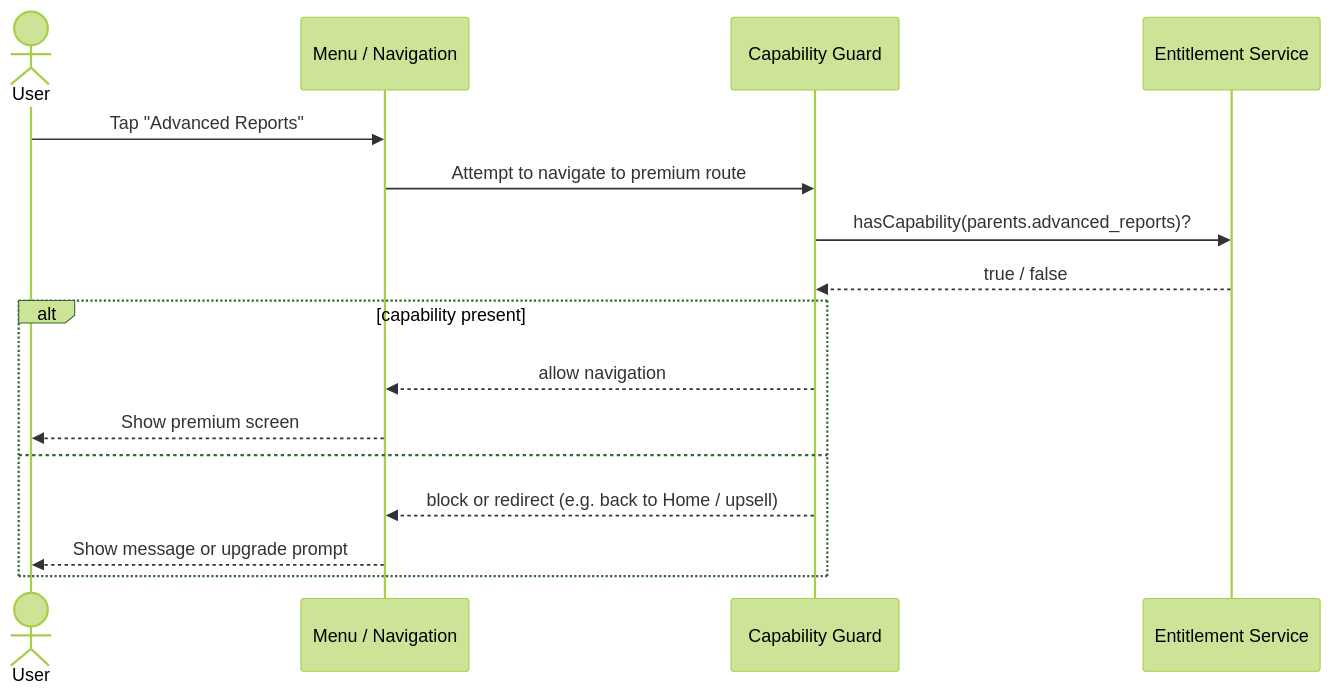
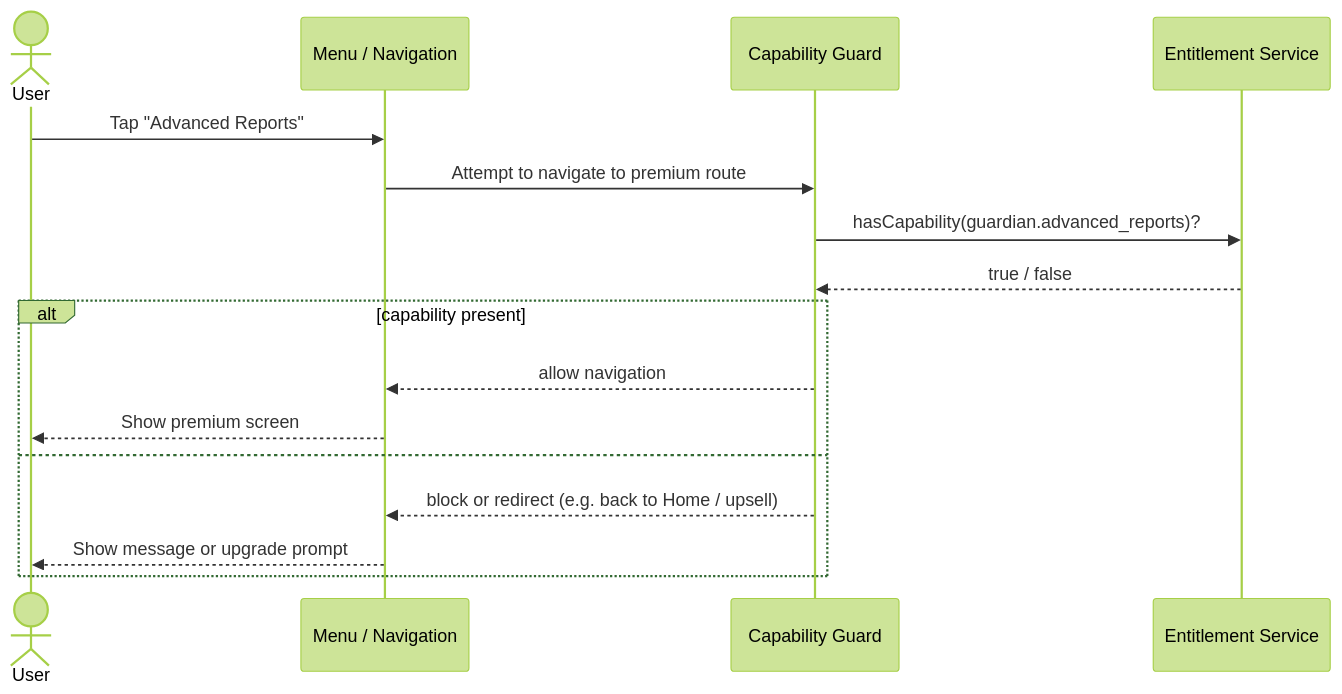
One commit to fikrilal/code-alchemy changed the third of 3 diagrams in src/content/blog/capability-based-entitlement-system.mdx. Above: the diagram before and after it, drawn with Mermaid (forest theme). The commit also changed other lines of this file and 3 other files, not shown here.

````diff
--- a/src/content/blog/capability-based-entitlement-system.mdx
+++ b/src/content/blog/capability-based-entitlement-system.mdx
@@ -170,21 +240,21 @@
 ```mermaid
 sequenceDiagram
     actor U as User
     participant UI as Menu / Navigation
     participant MW as Capability Guard
     participant ES as Entitlement Service
 
     U->>UI: Tap "Advanced Reports"
     UI->>MW: Attempt to navigate to premium route
 
-    MW->>ES: hasCapability(parents.advanced_reports)?
+    MW->>ES: hasCapability(guardian.advanced_reports)?
     ES-->>MW: true / false
 
     alt capability present
         MW-->>UI: allow navigation
         UI-->>U: Show premium screen
     else
         MW-->>UI: block or redirect (e.g. back to Home / upsell)
         UI-->>U: Show message or upgrade prompt
     end
 ```
````
